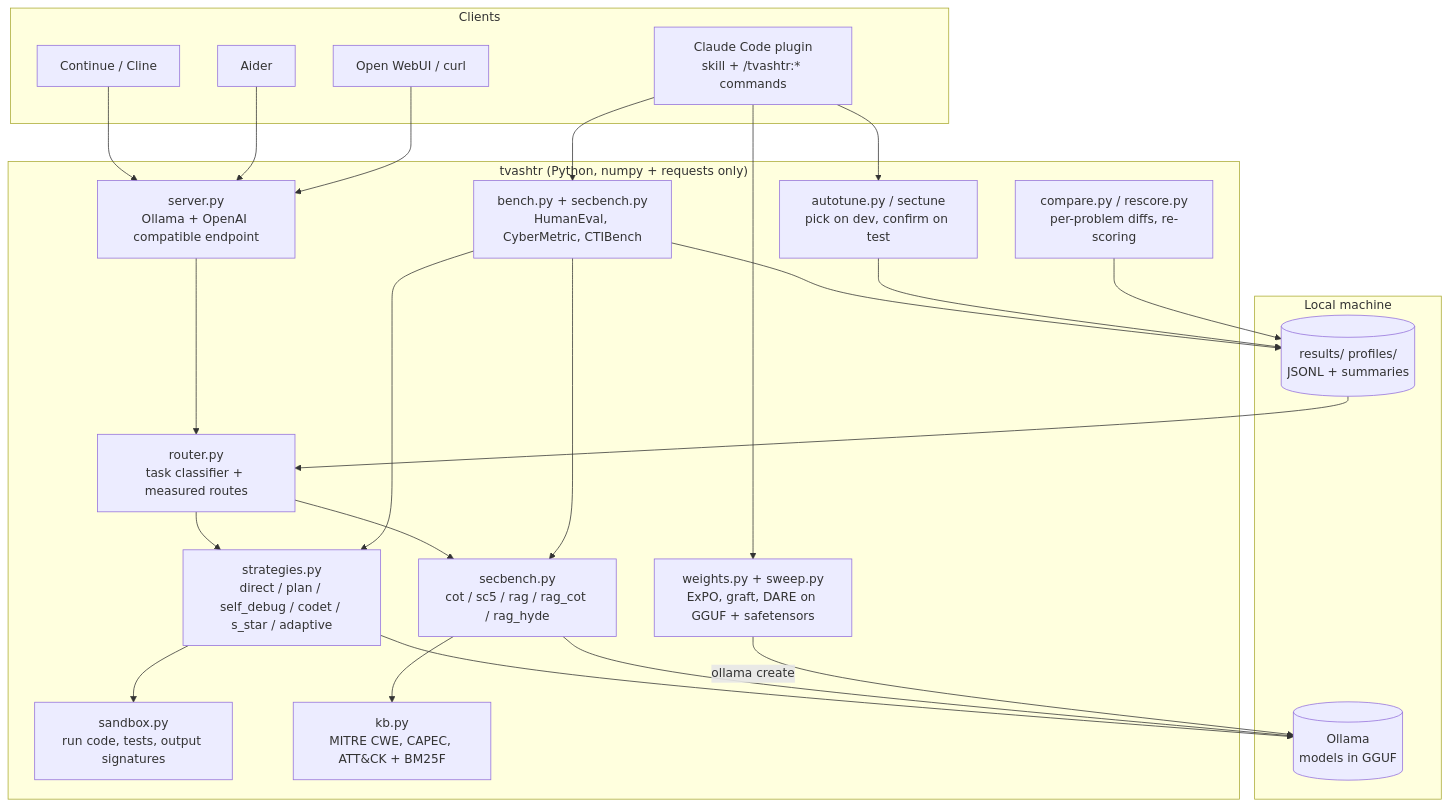
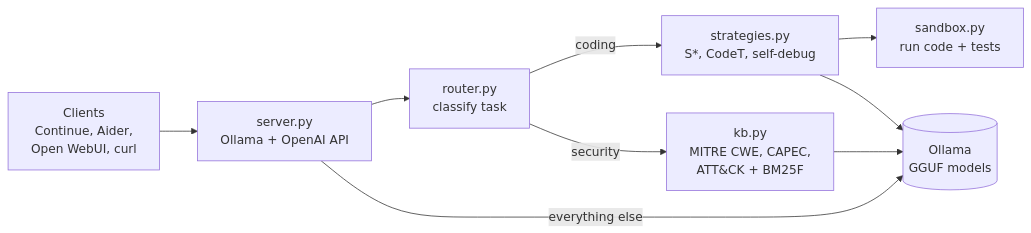
One commit to dmdhrumilmistry/tvashtr changed the first of 4 diagrams in docs/architecture.md. Above: the diagram before and after it, drawn with Mermaid. The commit also changed other lines of this file and 1 other file, not shown here.

Commit message:
Docs: split architecture diagram into online/offline paths; system font for Mermaid to stop label clipping

````diff
--- a/docs/architecture.md
+++ b/docs/architecture.md
@@ -14,36 +16,11 @@
 ```mermaid
-flowchart TB
-    subgraph Clients
-        C1[Continue / Cline]:::c
-        C2[Aider]:::c
-        C3[Open WebUI / curl]:::c
-        C4[Claude Code plugin<br/>skill + /tvashtr:* commands]:::c
-    end
-    subgraph Tvashtr["tvashtr (Python, numpy + requests only)"]
-        SV[server.py<br/>Ollama + OpenAI compatible endpoint]
-        RT[router.py<br/>task classifier + measured routes]
-        ST[strategies.py<br/>direct / plan / self_debug / codet / s_star / adaptive]
-        SB[sandbox.py<br/>run code, tests, output signatures]
-        KB[kb.py<br/>MITRE CWE, CAPEC, ATT&CK + BM25F]
-        SEC[secbench.py<br/>cot / sc5 / rag / rag_cot / rag_hyde]
-        BE[bench.py + secbench.py<br/>HumanEval, CyberMetric, CTIBench]
-        AT[autotune.py / sectune<br/>pick on dev, confirm on test]
-        WT[weights.py + sweep.py<br/>ExPO, graft, DARE on GGUF + safetensors]
-        CMP[compare.py / rescore.py<br/>per-problem diffs, re-scoring]
-    end
-    subgraph Local["Local machine"]
-        OL[(Ollama<br/>models in GGUF)]
-        FS[(results/ profiles/<br/>JSONL + summaries)]
-    end
-    C1 & C2 & C3 --> SV
-    C4 --> BE & AT & WT
-    SV --> RT --> ST & SEC
-    ST --> SB
-    SEC --> KB
-    ST & SEC --> OL
-    BE --> ST & SEC
-    BE --> FS
-    AT --> FS --> RT
-    WT -->|ollama create| OL
-    CMP --> FS
+flowchart LR
+    CL["Clients<br/>Continue, Aider,<br/>Open WebUI, curl"] --> SV["server.py<br/>Ollama + OpenAI API"]
+    SV --> RT["router.py<br/>classify task"]
+    RT -->|coding| ST["strategies.py<br/>S*, CodeT, self-debug"]
+    ST --> SB["sandbox.py<br/>run code + tests"]
+    RT -->|security| KB["kb.py<br/>MITRE CWE, CAPEC,<br/>ATT&CK + BM25F"]
+    ST --> OL[("Ollama<br/>GGUF models")]
+    KB --> OL
+    SV -->|everything else| OL
 ```
````
